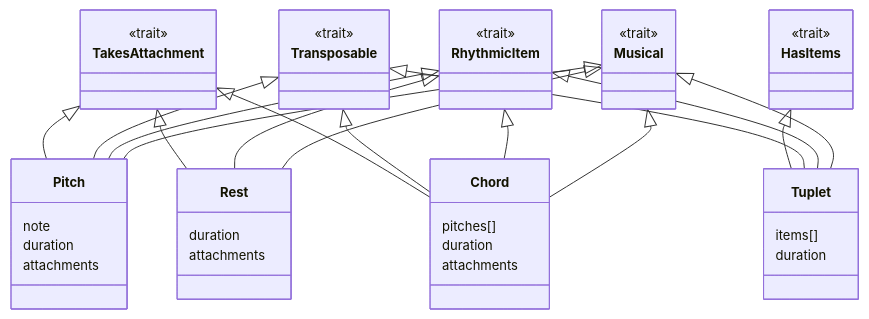
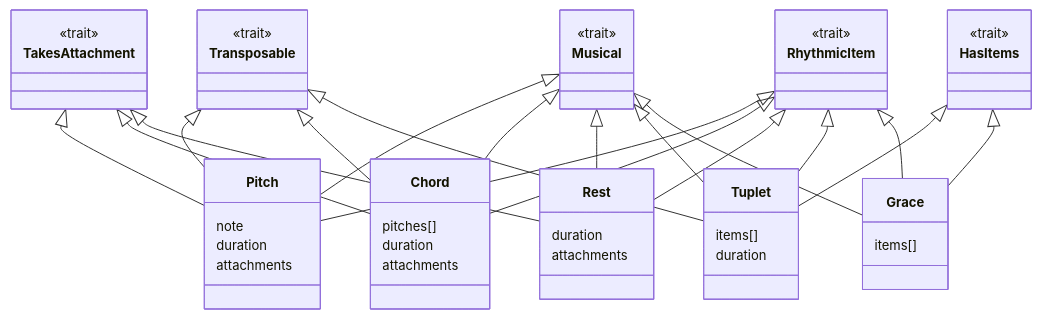
The third of 4 diagrams in guides/POLYMORPHIC_API_GUIDE.md (PeterBengtson/Ooloi-docs), drawn with Mermaid before and after one commit. The commit also changed other lines of this file and 15 other files, not shown here.

````diff
--- a/guides/POLYMORPHIC_API_GUIDE.md
+++ b/guides/POLYMORPHIC_API_GUIDE.md
@@ -555,65 +594,72 @@
 ```mermaid
 %%{init: {'themeVariables': { 'fontSize':'13px'}}}%%
 classDiagram
     class Musical {
         <<trait>>
     }
 
     class RhythmicItem {
         <<trait>>
     }
 
     class Transposable {
         <<trait>>
     }
 
     class TakesAttachment {
         <<trait>>
     }
 
     class HasItems {
         <<trait>>
     }
 
     class Pitch {
         note
         duration
         attachments
     }
 
     class Chord {
         pitches[]
         duration
         attachments
     }
 
     class Rest {
         duration
         attachments
     }
 
     class Tuplet {
         items[]
         duration
     }
 
+    class Grace {
+        items[]
+    }
+
     Musical <|-- Pitch
     Musical <|-- Chord
     Musical <|-- Rest
     Musical <|-- Tuplet
+    Musical <|-- Grace
 
     RhythmicItem <|-- Pitch
     RhythmicItem <|-- Chord
     RhythmicItem <|-- Rest
     RhythmicItem <|-- Tuplet
+    RhythmicItem <|-- Grace
 
     Transposable <|-- Pitch
     Transposable <|-- Chord
     Transposable <|-- Tuplet
 
     TakesAttachment <|-- Pitch
     TakesAttachment <|-- Chord
     TakesAttachment <|-- Rest
 
     HasItems <|-- Tuplet
+    HasItems <|-- Grace
 ```
````
